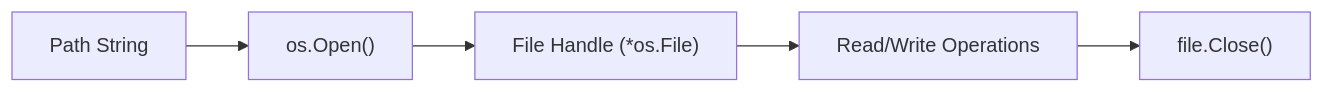
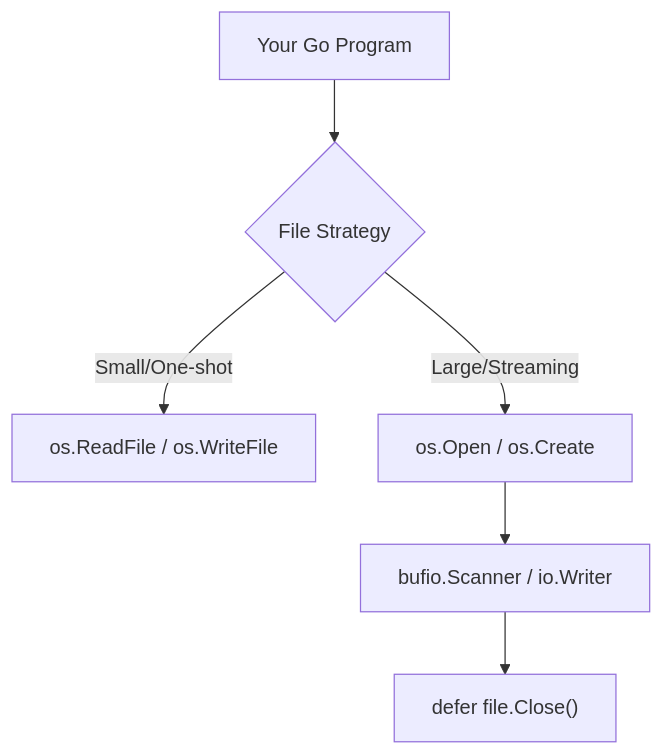
The diagram in 05-packages-io/02-io-and-cli/filesystem/1-files/README.md (swe-labs/the-go-engineer), drawn with Mermaid before and after one commit. The commit also changed other lines of this file and 426 other files, not shown here.

````diff
--- a/05-packages-io/02-io-and-cli/filesystem/1-files/README.md
+++ b/05-packages-io/02-io-and-cli/filesystem/1-files/README.md
@@ -22,7 +21,8 @@
 ```mermaid
-graph LR
-    A["Path String"] --> B["os.Open()"]
-    B --> C["File Handle (*os.File)"]
-    C --> D["Read/Write Operations"]
-    D --> E["file.Close()"]
+graph TD
+    A["Your Go Program"] --> B{"File Strategy"}
+    B -- "Small/One-shot" --> C["os.ReadFile / os.WriteFile"]
+    B -- "Large/Streaming" --> D["os.Open / os.Create"]
+    D --> E["bufio.Scanner / io.Writer"]
+    E --> F["defer file.Close()"]
 ```
````
